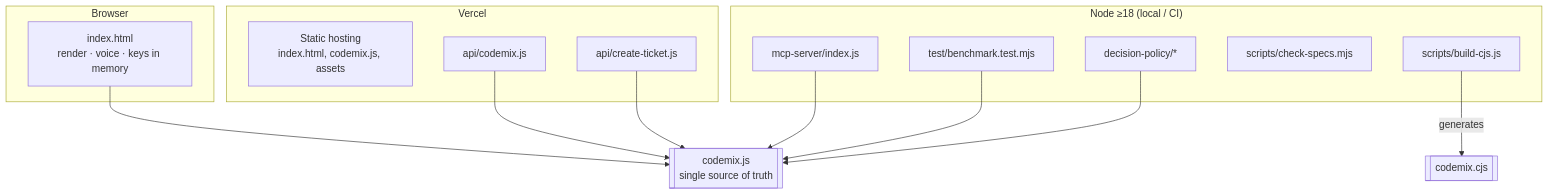
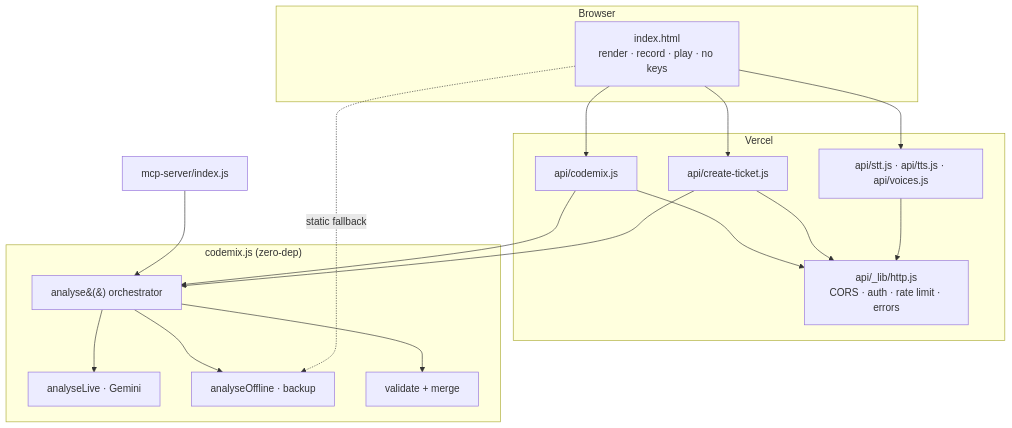
The second of 6 diagrams in specs/000-freshvoice-system/design.md (ramanathanmani/great-agent-hackathon-2026), drawn with Mermaid before and after one commit. The commit also changed other lines of this file and 4 other files, not shown here.

First line of the commit message:
Spec 000 v1.1: Gemini primary, server-held keys

````diff
--- a/specs/000-freshvoice-system/design.md
+++ b/specs/000-freshvoice-system/design.md
@@ -36,26 +38,27 @@
 ```mermaid
 flowchart TB
   subgraph Browser
-    IDX[index.html<br/>render · voice · keys in memory]
+    IDX[index.html<br/>render · record · play · no keys]
   end
   subgraph Vercel
-    STATIC[Static hosting<br/>index.html, codemix.js, assets]
     A1[api/codemix.js]
     A2[api/create-ticket.js]
+    A3[api/stt.js · api/tts.js · api/voices.js]
+    LIB[api/_lib/http.js<br/>CORS · auth · rate limit · errors]
   end
-  subgraph Node["Node ≥18 (local / CI)"]
-    MCPS[mcp-server/index.js]
-    TEST[test/benchmark.test.mjs]
-    BUILD[scripts/build-cjs.js]
-    SPEC[scripts/check-specs.mjs]
-    DP[decision-policy/*]
+  subgraph Engine["codemix.js (zero-dep)"]
+    AN[analyse&#40;&#41; orchestrator]
+    LV[analyseLive · Gemini]
+    OF[analyseOffline · backup]
+    MG[validate + merge]
   end
-  CORE[[codemix.js<br/>single source of truth]]
-  IDX --> CORE
-  A1 --> CORE
-  A2 --> CORE
-  MCPS --> CORE
-  TEST --> CORE
-  DP --> CORE
-  BUILD -->|generates| CJS[[codemix.cjs]]
+  MCPS[mcp-server/index.js]
+  IDX --> A1 & A2 & A3
+  A1 & A2 --> AN
+  MCPS --> AN
+  A1 & A2 & A3 --> LIB
+  AN --> OF
+  AN --> LV
+  AN --> MG
+  IDX -. static fallback .-> OF
 ```
````
